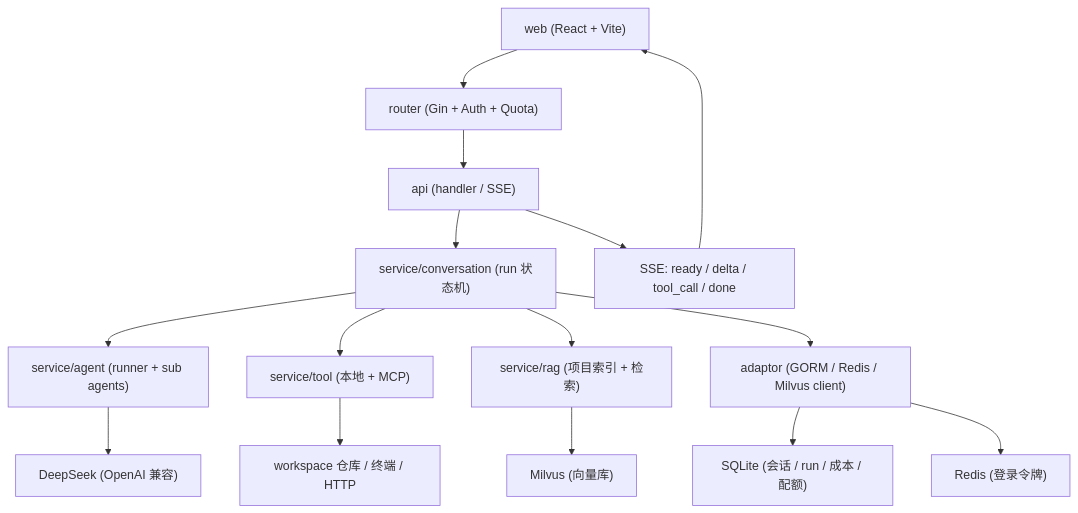
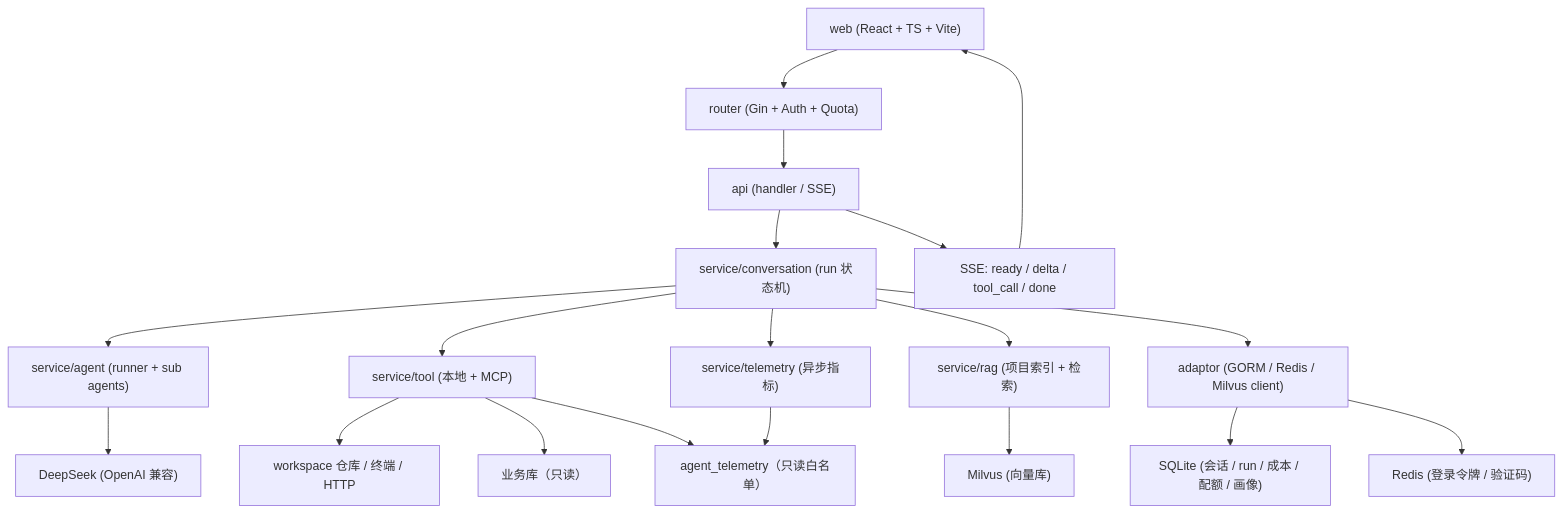
The diagram in README.md (Anyeling0620/Code-Analyse-Agent), drawn with Mermaid before and after one commit. The commit also changed other lines of this file, not shown here.

````diff
--- a/README.md
+++ b/README.md
@@ -29,17 +34,21 @@
 ```mermaid
 flowchart TD
-    W["web (React + Vite)"] --> R["router (Gin + Auth + Quota)"]
+    W["web (React + TS + Vite)"] --> R["router (Gin + Auth + Quota)"]
     R --> API["api (handler / SSE)"]
     API --> CONV["service/conversation (run 状态机)"]
     CONV --> AGENT["service/agent (runner + sub agents)"]
     CONV --> TOOLS["service/tool (本地 + MCP)"]
     CONV --> RAG["service/rag (项目索引 + 检索)"]
     AGENT --> MODEL["DeepSeek (OpenAI 兼容)"]
     TOOLS --> FS["workspace 仓库 / 终端 / HTTP"]
+    TOOLS --> BIZ["业务库（只读）"]
+    TOOLS --> OBS["agent_telemetry（只读白名单）"]
     RAG --> MILVUS["Milvus (向量库)"]
+    CONV --> TELEM["service/telemetry (异步指标)"]
+    TELEM --> OBS
     CONV --> ADAPT["adaptor (GORM / Redis / Milvus client)"]
-    ADAPT --> SQLITE["SQLite (会话 / run / 成本 / 配额)"]
-    ADAPT --> REDIS["Redis (登录令牌)"]
+    ADAPT --> SQLITE["SQLite (会话 / run / 成本 / 配额 / 画像)"]
+    ADAPT --> REDIS["Redis (登录令牌 / 验证码)"]
     API --> SSE["SSE: ready / delta / tool_call / done"]
     SSE --> W
 ```
````
